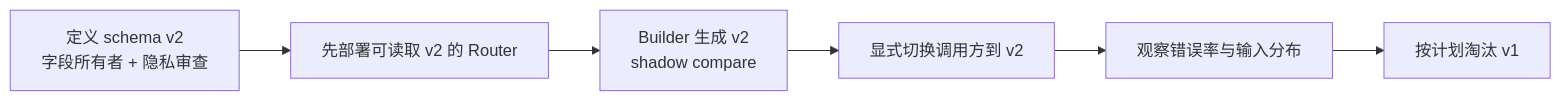
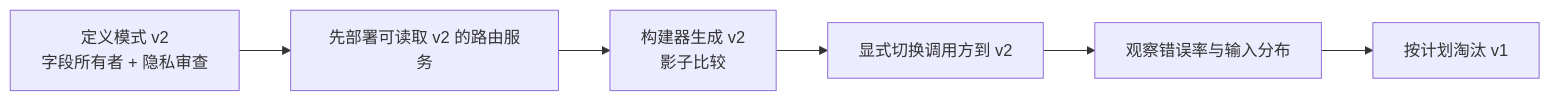
Before and after one commit to YouEclipse/Designing-Modern-Payment-Systems: the fourth of 4 diagrams in part-2-routing-engine/routing-context.md, drawn with Mermaid. The commit also changed other lines of this file and 59 other files, not shown here.

````diff
--- a/part-2-routing-engine/routing-context.md
+++ b/part-2-routing-engine/routing-context.md
@@ -325,8 +325,8 @@
 ```mermaid
 flowchart LR
-    Define["定义 schema v2<br/>字段所有者 + 隐私审查"] --> Reader["先部署可读取 v2 的 Router"]
-    Reader --> Shadow["Builder 生成 v2<br/>shadow compare"]
+    Define["定义模式 v2<br/>字段所有者 + 隐私审查"] --> Reader["先部署可读取 v2 的路由服务"]
+    Reader --> Shadow["构建器生成 v2<br/>影子比较"]
     Shadow --> Switch["显式切换调用方到 v2"]
     Switch --> Observe["观察错误率与输入分布"]
     Observe --> Retire["按计划淘汰 v1"]
 ```
````
